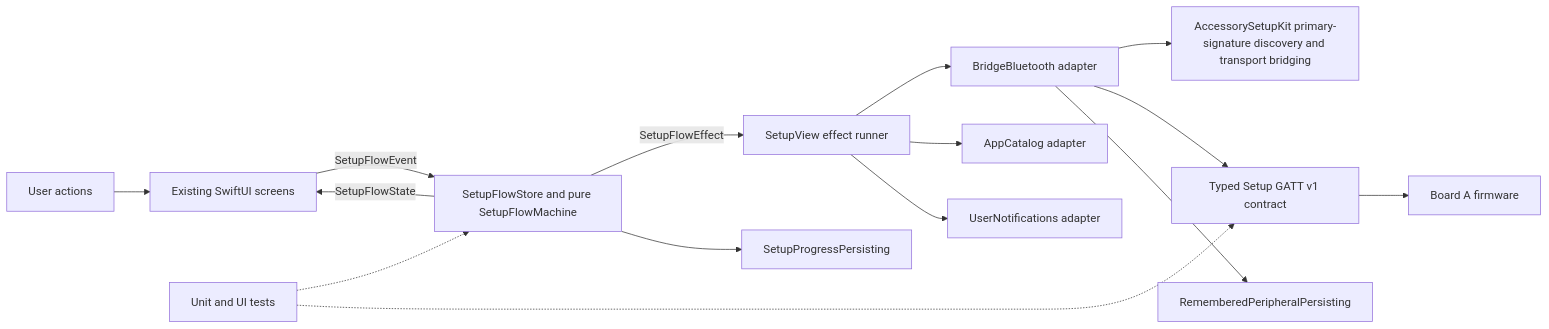
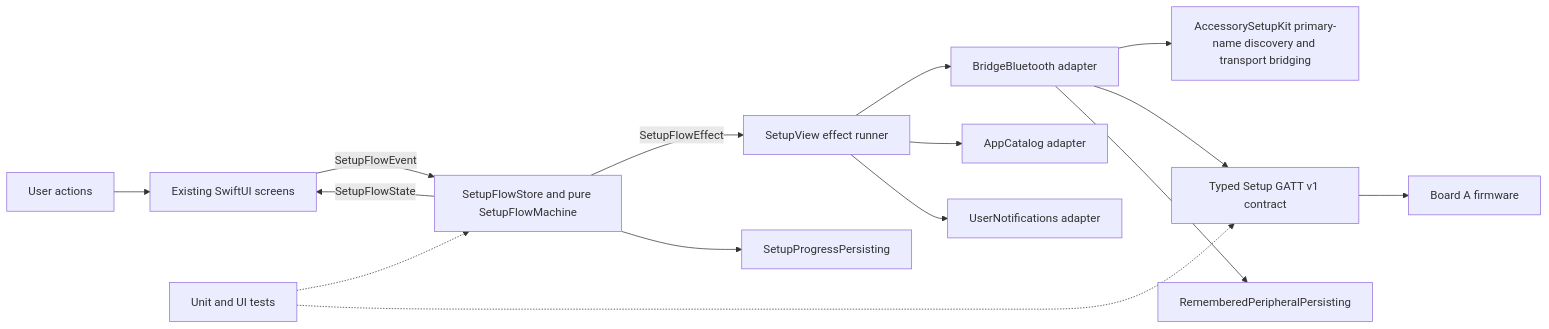
The first of 2 diagrams in ios/ARCHITECTURE.md (thomasgregg/DashBridge), drawn with Mermaid before and after one commit. The commit also changed other lines of this file and 19 other files, not shown here.

Commit message:
Restore fresh iPhone accessory discovery

````diff
--- a/ios/ARCHITECTURE.md
+++ b/ios/ARCHITECTURE.md
@@ -21,21 +21,21 @@
 ```mermaid
 flowchart LR
     User[User actions] --> Views[Existing SwiftUI screens]
     Views -->|SetupFlowEvent| Flow[SetupFlowStore and pure SetupFlowMachine]
     Flow -->|SetupFlowState| Views
     Flow -->|SetupFlowEffect| Shell[SetupView effect runner]
 
     Shell --> BLE[BridgeBluetooth adapter]
-    BLE --> ASK[AccessorySetupKit primary-signature discovery and transport bridging]
+    BLE --> ASK[AccessorySetupKit primary-name discovery and transport bridging]
     Shell --> Apps[AppCatalog adapter]
     Shell --> Notify[UserNotifications adapter]
 
     BLE --> Contract[Typed Setup GATT v1 contract]
     Contract --> BoardA[Board A firmware]
 
     Flow --> Progress[SetupProgressPersisting]
     BLE --> Peripheral[RememberedPeripheralPersisting]
 
     Tests[Unit and UI tests] -.-> Flow
     Tests -.-> Contract
 ```
````
